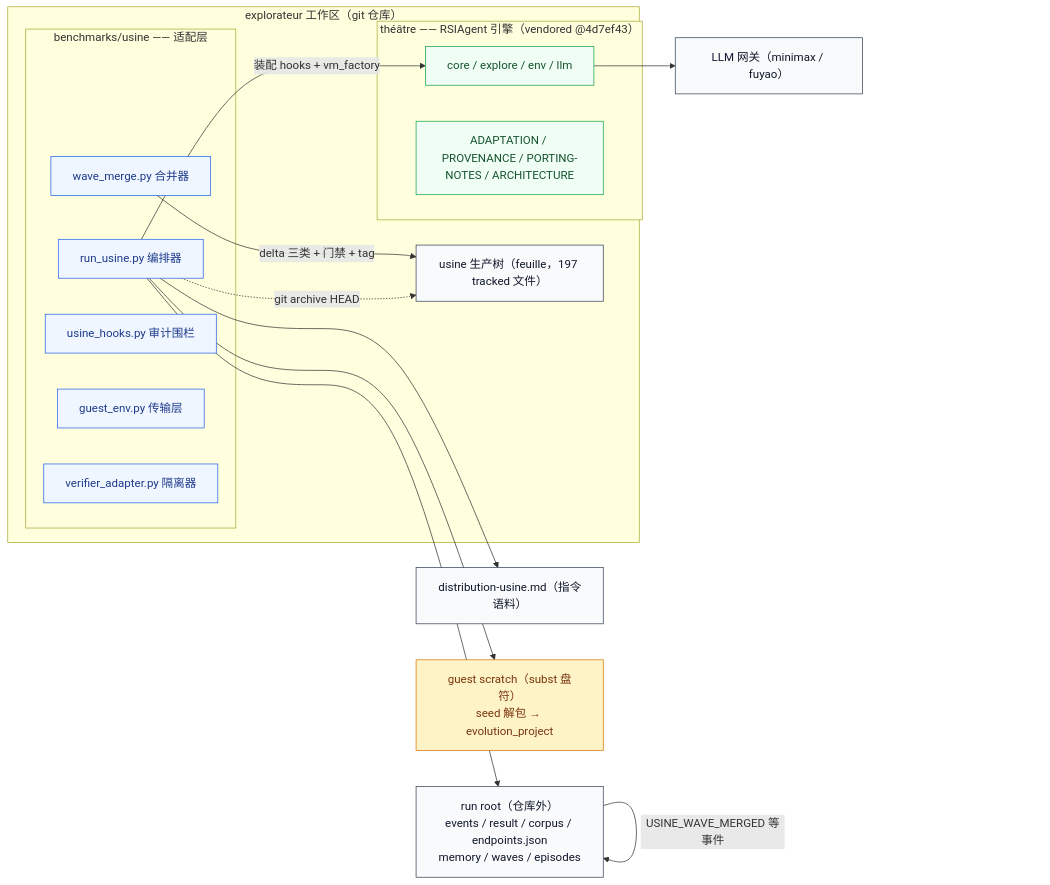
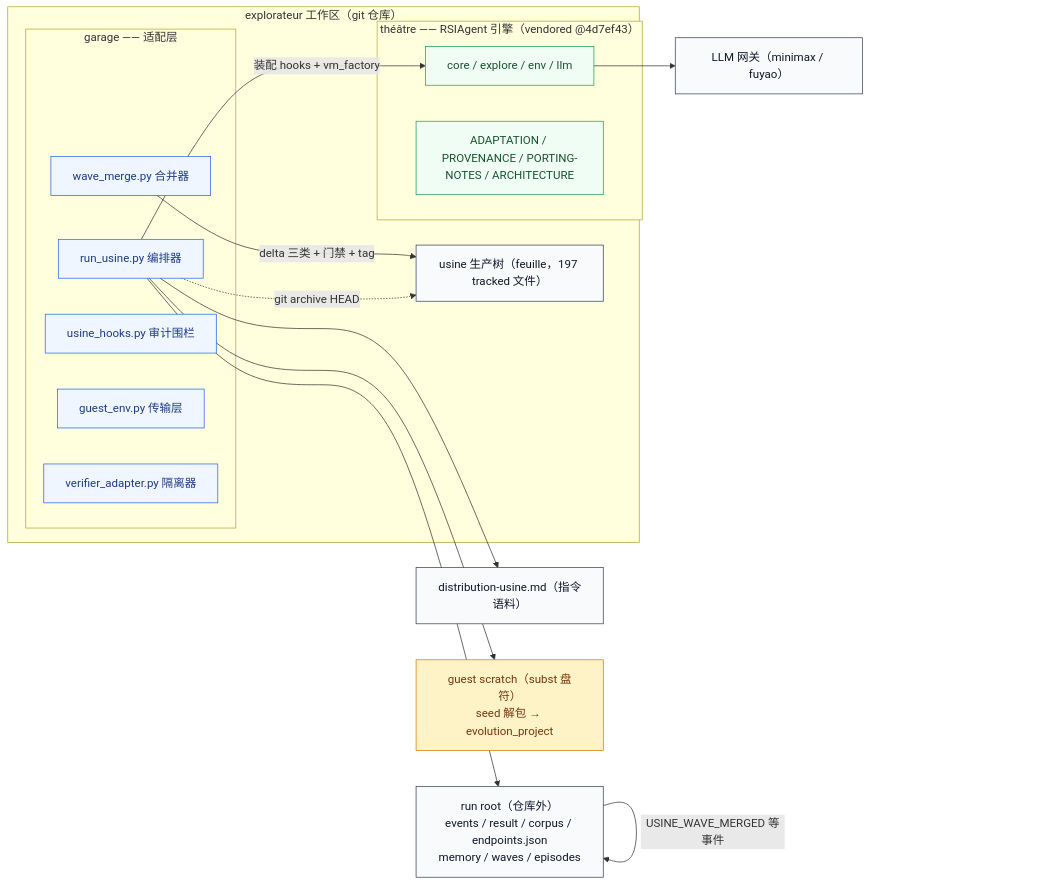
One commit to feuyeux/explorateur changed the first of 9 diagrams in théâtre/ARCHITECTURE.md. Above: the diagram before and after it, drawn with Mermaid. The commit also changed other lines of this file and 227 other files, not shown here.

````diff
--- a/théâtre/ARCHITECTURE.md
+++ b/théâtre/ARCHITECTURE.md
@@ -55,41 +55,41 @@
 ```mermaid
 flowchart LR
     subgraph WS["explorateur 工作区（git 仓库）"]
         subgraph TH["théâtre —— RSIAgent 引擎（vendored @4d7ef43）"]
             CORE["core / explore / env / llm"]
             AD["ADAPTATION / PROVENANCE / PORTING-NOTES / ARCHITECTURE"]
         end
-        subgraph BM["benchmarks/usine —— 适配层"]
+        subgraph BM["garage —— 适配层"]
             RU["run_usine.py 编排器"]
             WM["wave_merge.py 合并器"]
             HK["usine_hooks.py 审计围栏"]
             GE["guest_env.py 传输层"]
             VA["verifier_adapter.py 隔离器"]
         end
         US["usine 生产树（feuille，197 tracked 文件）"]
     end
 
     DIST["distribution-usine.md（指令语料）"]
     RO["run root（仓库外）<br/>events / result / corpus / endpoints.json<br/>memory / waves / episodes"]
     GUEST["guest scratch（subst 盘符）<br/>seed 解包 → evolution_project"]
     GW["LLM 网关（minimax / fuyao）"]
 
     RU -->|"装配 hooks + vm_factory"| CORE
     RU --> DIST
     RU -.->|"git archive HEAD"| US
     RU --> RO
     RU --> GUEST
     CORE --> GW
     WM -->|"delta 三类 + 门禁 + tag"| US
     RO -->|"USINE_WAVE_MERGED 等事件"| RO
 
     classDef ctrl fill:#eff6ff,stroke:#2563eb,color:#1e3a8a
     classDef host fill:#f0fdf4,stroke:#16a34a,color:#14532d
     classDef neutral fill:#f8fafc,stroke:#334155,color:#0f172a
     classDef sandbox fill:#fef3c7,stroke:#d97706,color:#78350f
     class RU,WM,HK,GE,VA ctrl
     class CORE,AD host
     class US,RO,DIST neutral
     class GUEST sandbox
     class GW neutral
 ```
````
